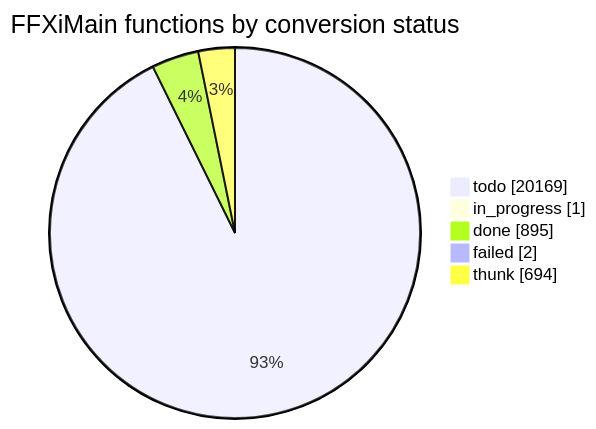
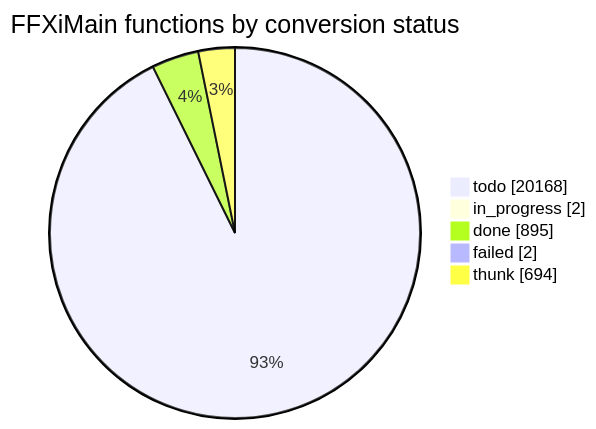
One commit to cowrevenge/cow_kuluu_xi_anything changed the diagram in docs/cow/STATUS.md. Above: the diagram before and after it, drawn with Mermaid. The commit also changed other lines of this file and 4 other files, not shown here.

````diff
--- a/docs/cow/STATUS.md
+++ b/docs/cow/STATUS.md
@@ -18,9 +18,9 @@
 ```mermaid
 pie showData
     title FFXiMain functions by conversion status
-    "todo" : 20169
-    "in_progress" : 1
+    "todo" : 20168
+    "in_progress" : 2
     "done" : 895
     "failed" : 2
     "thunk" : 694
 ```
````
